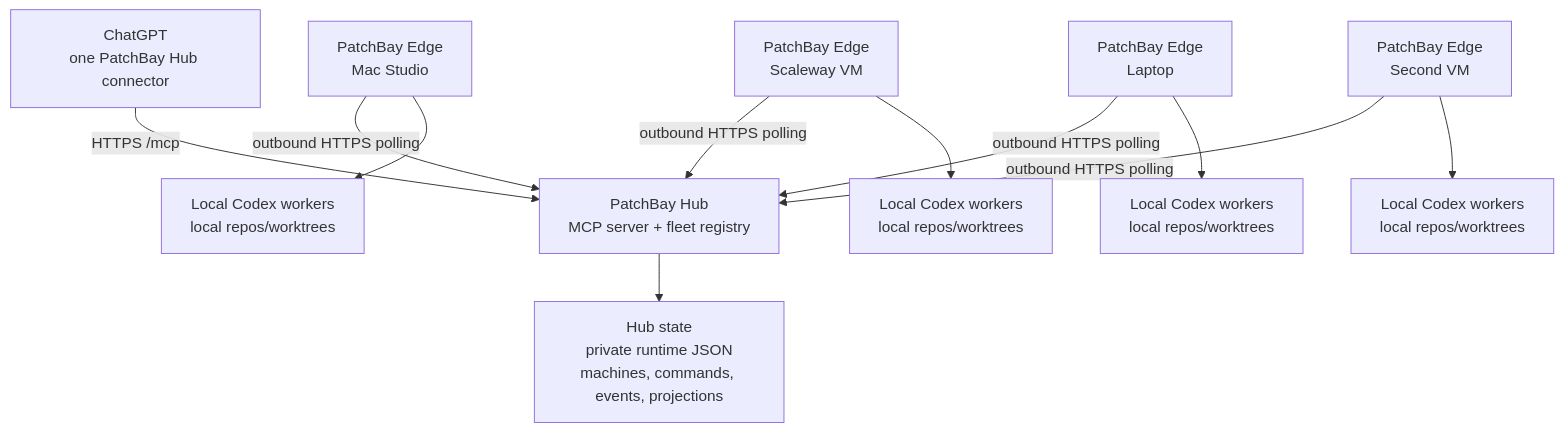
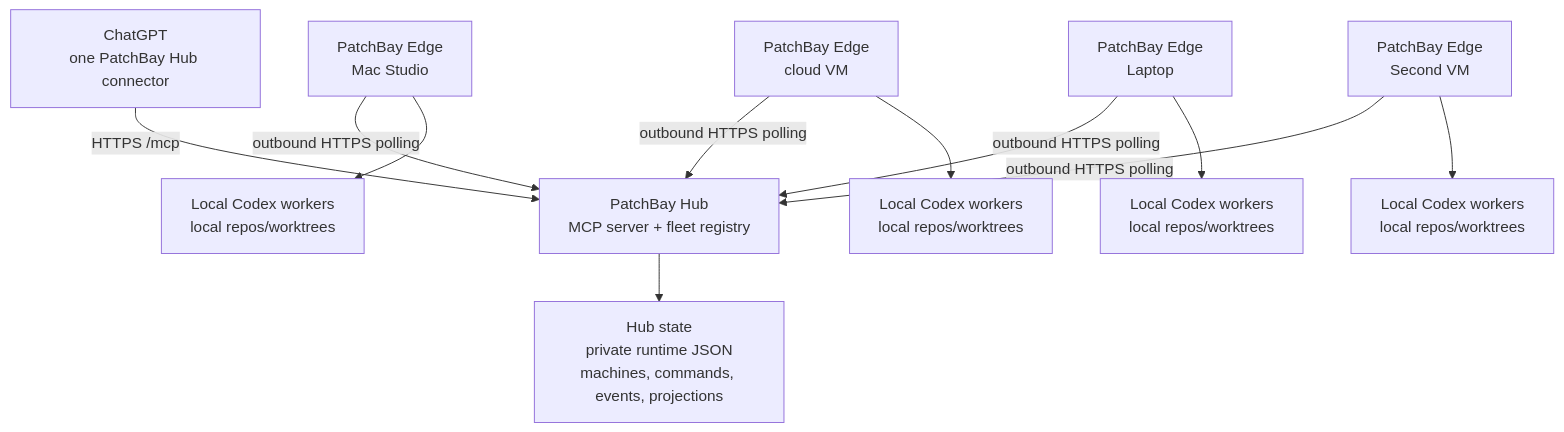
The diagram in docs/architecture/multi-machine-hub-implementation-plan.md (velhud/PatchBay), drawn with Mermaid before and after one commit. The commit also changed other lines of this file and 11 other files, not shown here.

````diff
--- a/docs/architecture/multi-machine-hub-implementation-plan.md
+++ b/docs/architecture/multi-machine-hub-implementation-plan.md
@@ -30,16 +30,16 @@
 ```mermaid
 flowchart TD
     ChatGPT["ChatGPT<br/>one PatchBay Hub connector"] -->|"HTTPS /mcp"| Hub["PatchBay Hub<br/>MCP server + fleet registry"]
 
     Hub --> DB["Hub state<br/>private runtime JSON<br/>machines, commands, events, projections"]
 
     EdgeA["PatchBay Edge<br/>Mac Studio"] -->|"outbound HTTPS polling"| Hub
-    EdgeB["PatchBay Edge<br/>Scaleway VM"] -->|"outbound HTTPS polling"| Hub
+    EdgeB["PatchBay Edge<br/>cloud VM"] -->|"outbound HTTPS polling"| Hub
     EdgeC["PatchBay Edge<br/>Laptop"] -->|"outbound HTTPS polling"| Hub
     EdgeD["PatchBay Edge<br/>Second VM"] -->|"outbound HTTPS polling"| Hub
 
     EdgeA --> CodexA["Local Codex workers<br/>local repos/worktrees"]
     EdgeB --> CodexB["Local Codex workers<br/>local repos/worktrees"]
     EdgeC --> CodexC["Local Codex workers<br/>local repos/worktrees"]
     EdgeD --> CodexD["Local Codex workers<br/>local repos/worktrees"]
 ```
````
